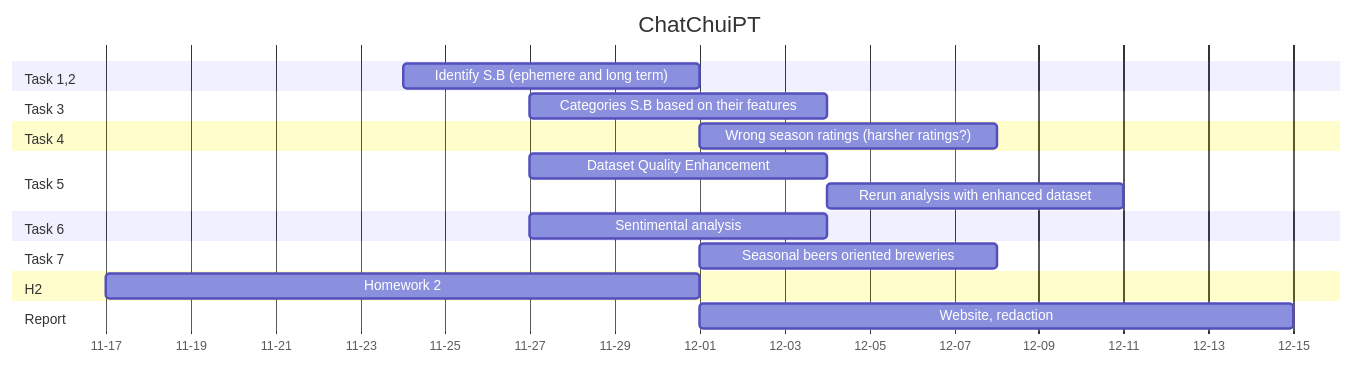
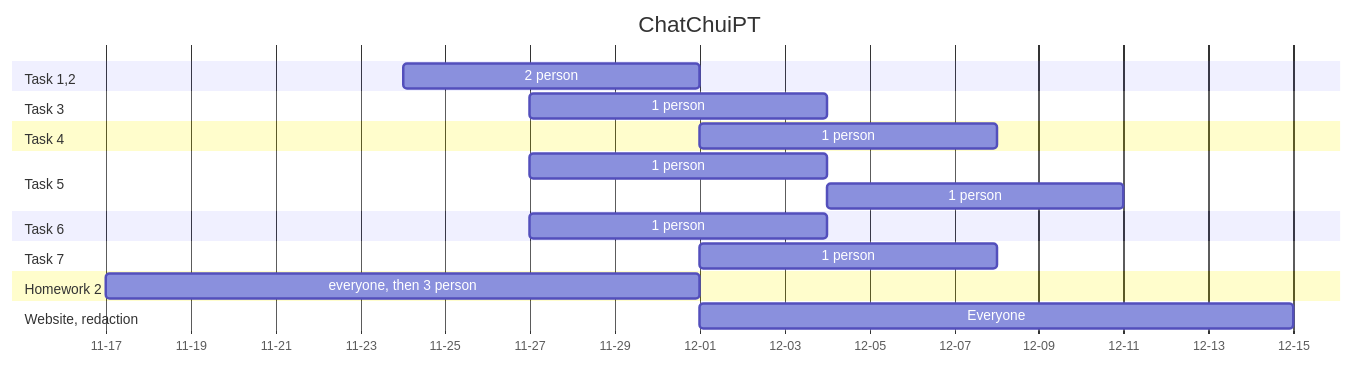
Before and after one commit to epfl-ada/ada-2023-project-chatchuipt: the diagram in readme.md, drawn with Mermaid. The commit also changed other lines of this file, not shown here.

````diff
--- a/readme.md
+++ b/readme.md
@@ -62,24 +61,24 @@
 ```mermaid
 gantt
     title ChatChuiPT
     dateFormat MM-DD
 	axisFormat %m-%d
 
 	section Task 1,2
-		Identify S.B (ephemere and long term)   :t1, 11-24, 1w
+		2 person   :t1, 11-24, 1w
 	section Task 3
-		Categories S.B based on their features  :t3, 11-27, 1w
+		1 person :t3, 11-27, 1w
     section Task 4
-		Wrong season ratings (harsher ratings?) :after t1, 1w
+		1 person :after t1, 1w
 	section Task 5
-		Dataset Quality Enhancement             :t51,11-27, 1w
-		Rerun analysis with enhanced dataset    :t52, after t51, 1w
+		1 person             :t51,11-27, 1w
+		1 person    :t52, after t51, 1w
 	section Task 6
-		Sentimental analysis                    :11-27, 1w
+		1 person                    :11-27, 1w
 	section Task 7 
-		Seasonal beers oriented breweries       :after t1 h2, 1w
-	section H2
-		Homework 2                              :h2, 11-17, 2w
-	section Report
-		Website, redaction                      :after t1, 2w
+		1 person       :after t1 h2, 1w
+	section Homework 2
+		everyone, then 3 person                              :h2, 11-17, 2w
+	section Website, redaction
+		Everyone                      :after t1, 2w
 ```
````
